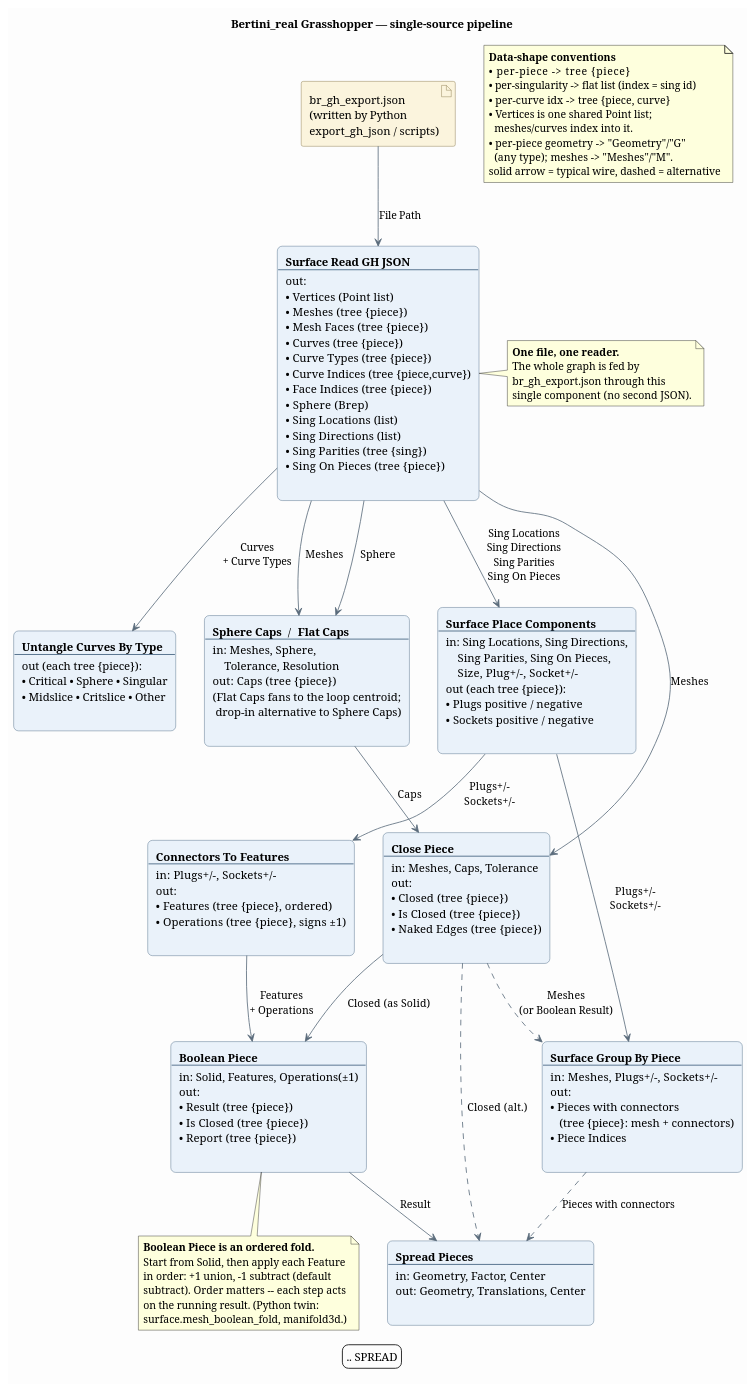
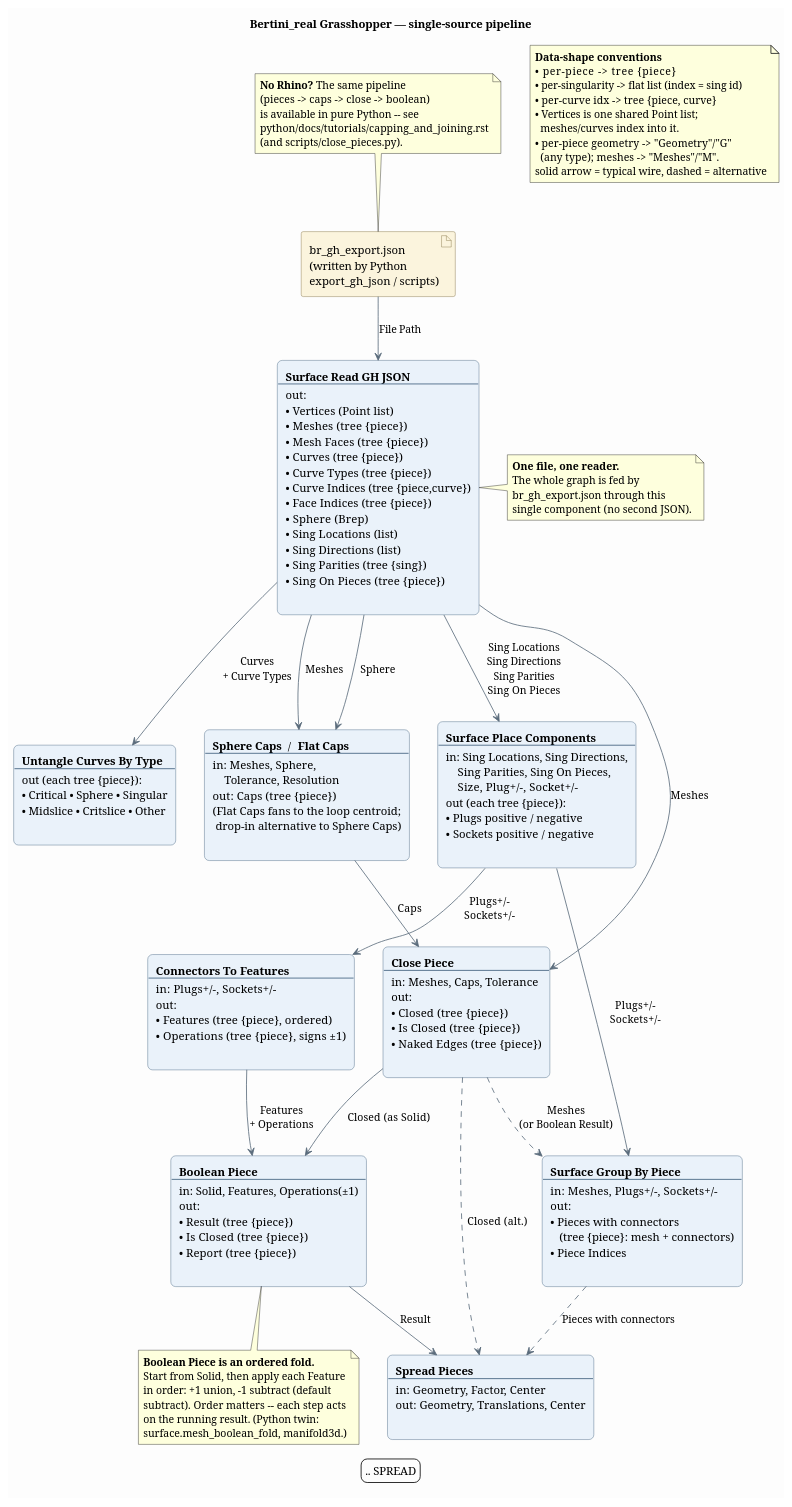
Before and after one commit to ofloveandhate/bertini_real: the diagram in grasshopper/docs/usage.puml, drawn with PlantUML.

Commit message:
usage diagram: cross-link the Rhino-free Python tutorial
Add a note pointing users without Rhino to the pure-Python pipeline tutorial
(python/docs/tutorials/capping_and_joining.rst) and scripts/close_pieces.py.

```diff
--- a/grasshopper/docs/usage.puml
+++ b/grasshopper/docs/usage.puml
@@ -1,106 +1,114 @@
 @startuml
 ' Bertini_real Grasshopper components — single-source usage graph.
 ' Render with PlantUML:  plantuml grasshopper/docs/usage.puml   (-> usage.png/svg)
 
 title Bertini_real Grasshopper — single-source pipeline
 
 skinparam backgroundColor #FDFDFD
 skinparam shadowing false
 skinparam defaultFontName Helvetica
 skinparam ArrowColor #5A6B7B
 skinparam rectangle {
   BorderColor #3A5A78
   BackgroundColor #EAF2FA
   RoundCorner 12
 }
 skinparam artifact {
   BorderColor #7A6A3A
   BackgroundColor #FBF4DD
 }
 
 ' ---- the one source ----
 artifact "br_gh_export.json\n(written by Python\nexport_gh_json / scripts)" as JSON
+
+note top of JSON
+  **No Rhino?** The same pipeline
+  (pieces -> caps -> close -> boolean)
+  is available in pure Python -- see
+  python/docs/tutorials/capping_and_joining.rst
+  (and scripts/close_pieces.py).
+end note
 
 ' ---- the one reader ----
 rectangle "**Surface Read GH JSON**\l--\lout:\l• Vertices  (Point list)\l• Meshes  (tree {piece})\l• Mesh Faces  (tree {piece})\l• Curves  (tree {piece})\l• Curve Types  (tree {piece})\l• Curve Indices  (tree {piece,curve})\l• Face Indices  (tree {piece})\l• Sphere  (Brep)\l• Sing Locations  (list)\l• Sing Directions  (list)\l• Sing Parities  (tree {sing})\l• Sing On Pieces  (tree {piece})\l" as READER
 
 JSON --> READER : File Path
 
 ' ======================================================================
 ' Branch 1 — curves
 ' ======================================================================
 rectangle "**Untangle Curves By Type**\l--\lout (each tree {piece}):\l• Critical • Sphere • Singular\l• Midslice • Critslice • Other\l" as UNTANGLE
 
 READER --> UNTANGLE : Curves\n+ Curve Types
 
 ' ======================================================================
 ' Branch 2 — geometry: cap -> close -> boolean -> (spread)
 ' ======================================================================
 rectangle "**Sphere Caps**  /  **Flat Caps**\l--\lin: Meshes, Sphere,\l    Tolerance, Resolution\lout: Caps  (tree {piece})\l(Flat Caps fans to the loop centroid;\l drop-in alternative to Sphere Caps)\l" as CAPS
 
 rectangle "**Close Piece**\l--\lin: Meshes, Caps, Tolerance\lout:\l• Closed  (tree {piece})\l• Is Closed  (tree {piece})\l• Naked Edges  (tree {piece})\l" as CLOSE
 
 rectangle "**Boolean Piece**\l--\lin: Solid, Features, Operations(±1)\lout:\l• Result  (tree {piece})\l• Is Closed  (tree {piece})\l• Report  (tree {piece})\l" as BOOL
 
 rectangle "**Spread Pieces**\l--\lin: Geometry, Factor, Center\lout: Geometry, Translations, Center\l" as SPREAD
 
 READER --> CAPS : Meshes
 READER --> CAPS : Sphere
 READER --> CLOSE : Meshes
 CAPS --> CLOSE : Caps
 CLOSE --> BOOL : Closed  (as Solid)
 
 ' ======================================================================
 ' Branch 3 — singularity connectors -> features -> boolean
 ' ======================================================================
 rectangle "**Surface Place Components**\l--\lin: Sing Locations, Sing Directions,\l    Sing Parities, Sing On Pieces,\l    Size, Plug+/-, Socket+/-\lout (each tree {piece}):\l• Plugs positive / negative\l• Sockets positive / negative\l" as PLACE
 
 rectangle "**Connectors To Features**\l--\lin: Plugs+/-, Sockets+/-\lout:\l• Features  (tree {piece}, ordered)\l• Operations  (tree {piece}, signs ±1)\l" as CONNFEAT
 
 READER --> PLACE : Sing Locations\nSing Directions\nSing Parities\nSing On Pieces
 PLACE --> CONNFEAT : Plugs+/-\nSockets+/-
 CONNFEAT --> BOOL : Features\n+ Operations
 
 ' ======================================================================
 ' Grouping / viewing
 ' ======================================================================
 rectangle "**Surface Group By Piece**\l--\lin: Meshes, Plugs+/-, Sockets+/-\lout:\l• Pieces with connectors\l   (tree {piece}: mesh + connectors)\l• Piece Indices\l" as GROUP
 
 CLOSE ..> GROUP : Meshes\n(or Boolean Result)
 PLACE --> GROUP : Plugs+/-\nSockets+/-
 
 BOOL --> SPREAD : Result
 GROUP ..> SPREAD : Pieces with connectors
 CLOSE ..> SPREAD : Closed  (alt.)
 
 ' ---- notes ----
 note right of READER
   **One file, one reader.**
   The whole graph is fed by
   br_gh_export.json through this
   single component (no second JSON).
 end note
 
 note bottom of BOOL
   **Boolean Piece is an ordered fold.**
   Start from Solid, then apply each Feature
   in order: +1 union, -1 subtract (default
   subtract). Order matters -- each step acts
   on the running result. (Python twin:
   surface.mesh_boolean_fold, manifold3d.)
 end note
 
 note as LEGEND
   **Data-shape conventions**
   • per-piece       -> tree {piece}
   • per-singularity -> flat list (index = sing id)
   • per-curve idx   -> tree {piece, curve}
   • Vertices is one shared Point list;
     meshes/curves index into it.
   • per-piece geometry -> "Geometry"/"G"
     (any type); meshes -> "Meshes"/"M".
   solid arrow = typical wire,  dashed = alternative
 end note
 LEGEND .. SPREAD
 
 @enduml
```
